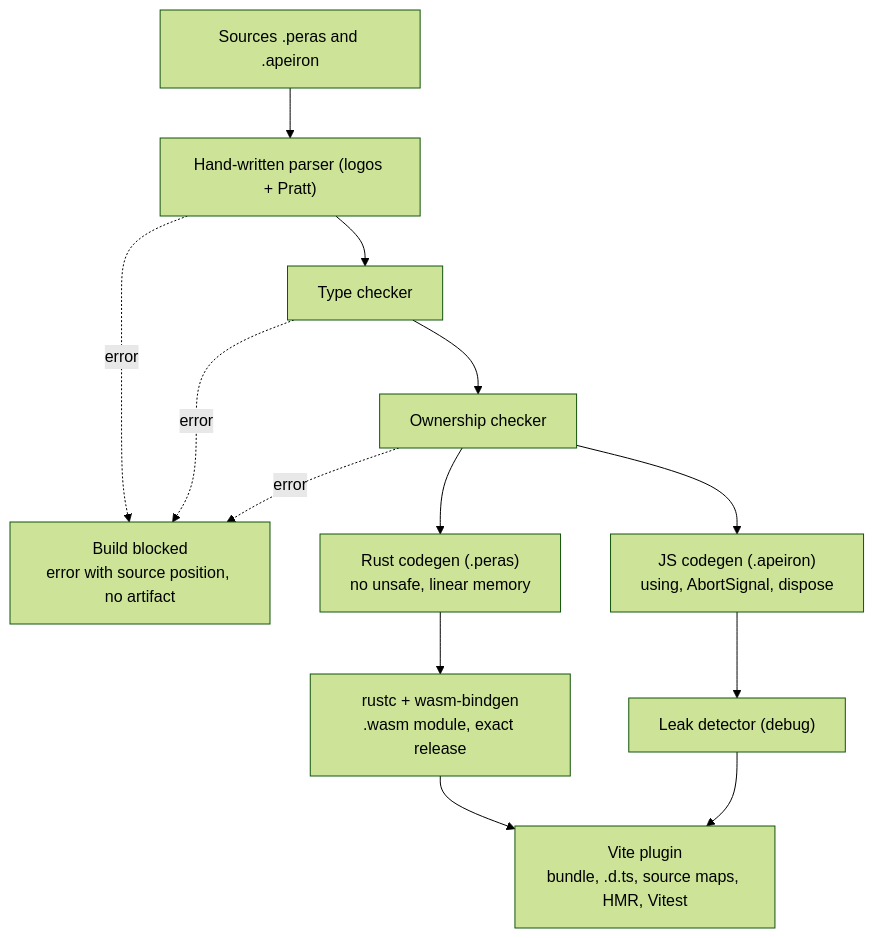
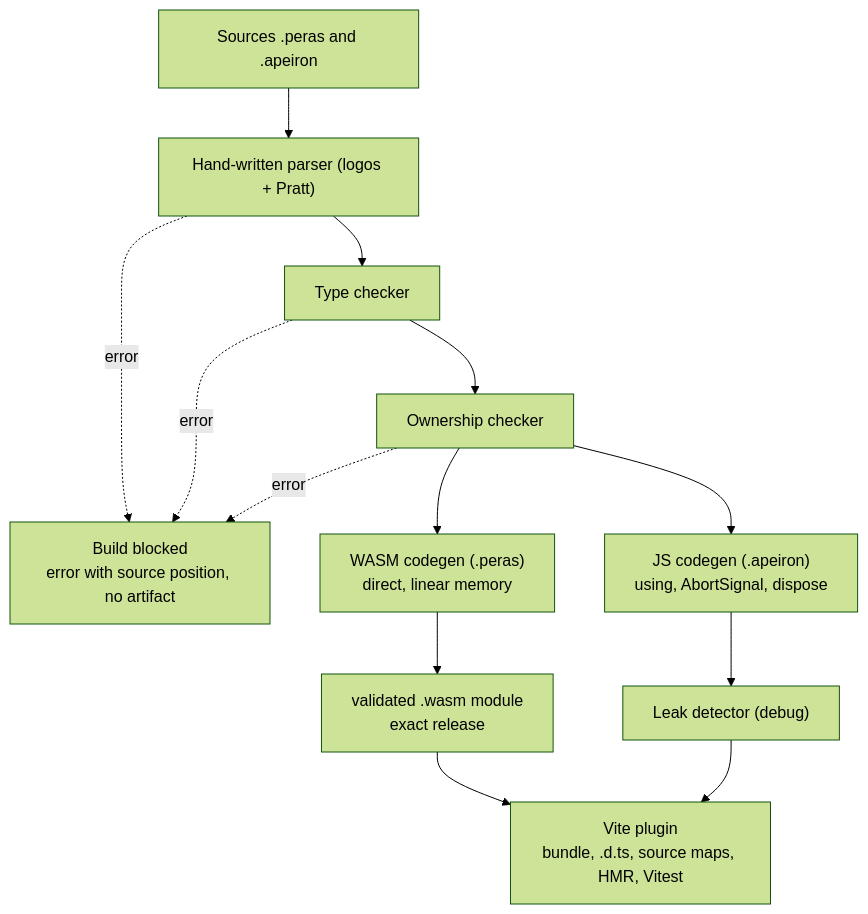
Before and after one commit to artkabis/Peras: the second of 2 diagrams in docs/en/spec.md, drawn with Mermaid (forest theme). The commit also changed other lines of this file and 8 other files, not shown here.

````diff
--- a/docs/en/spec.md
+++ b/docs/en/spec.md
@@ -283,13 +283,13 @@
 ```mermaid
 flowchart TD
   SRC["Sources .peras and .apeiron"] --> PARSE["Hand-written parser (logos + Pratt)"]
   PARSE --> TYPES["Type checker"]
   TYPES --> OWN["Ownership checker"]
   PARSE -. error .-> BLOCK["Build blocked<br/>error with source position, no artifact"]
   TYPES -. error .-> BLOCK
   OWN -. error .-> BLOCK
-  OWN --> RS["Rust codegen (.peras)<br/>no unsafe, linear memory"] --> WASM["rustc + wasm-bindgen<br/>.wasm module, exact release"]
+  OWN --> RS["WASM codegen (.peras)<br/>direct, linear memory"] --> WASM["validated .wasm module<br/>exact release"]
   OWN --> JS["JS codegen (.apeiron)<br/>using, AbortSignal, dispose"] --> LEAK["Leak detector (debug)"]
   WASM --> VITE["Vite plugin<br/>bundle, .d.ts, source maps, HMR, Vitest"]
   LEAK --> VITE
 ```
````
